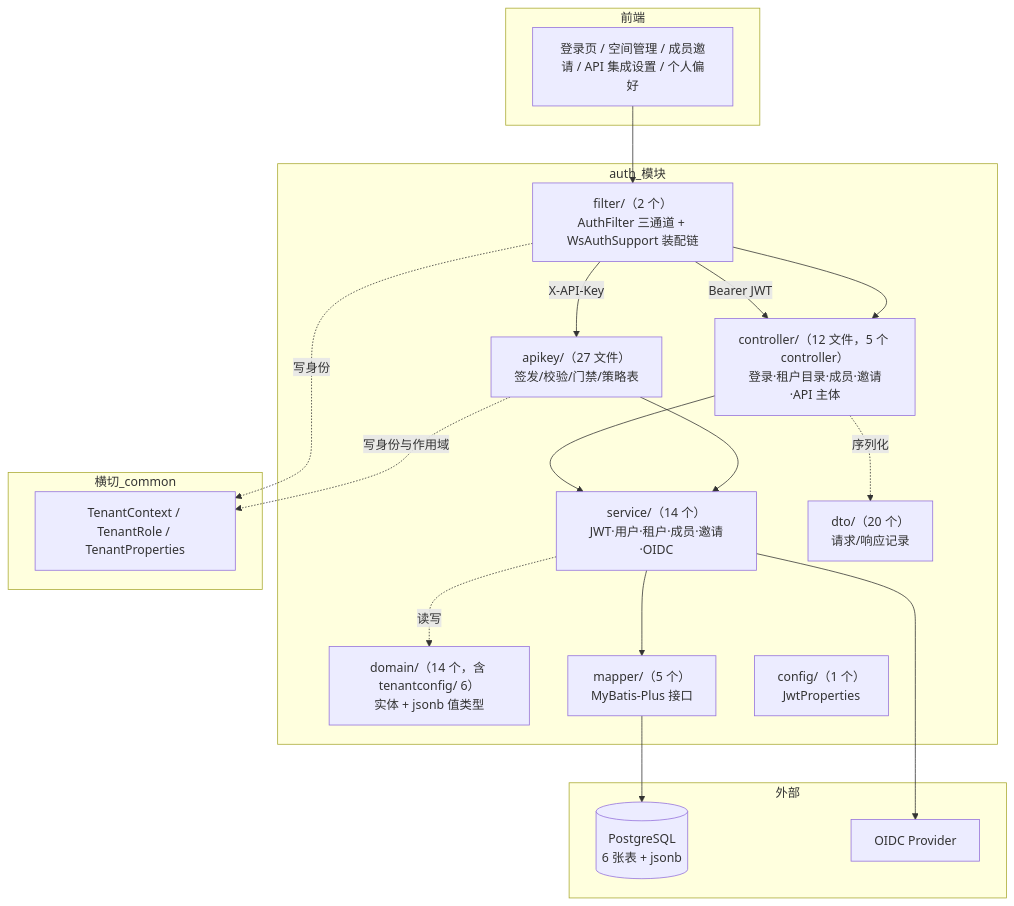
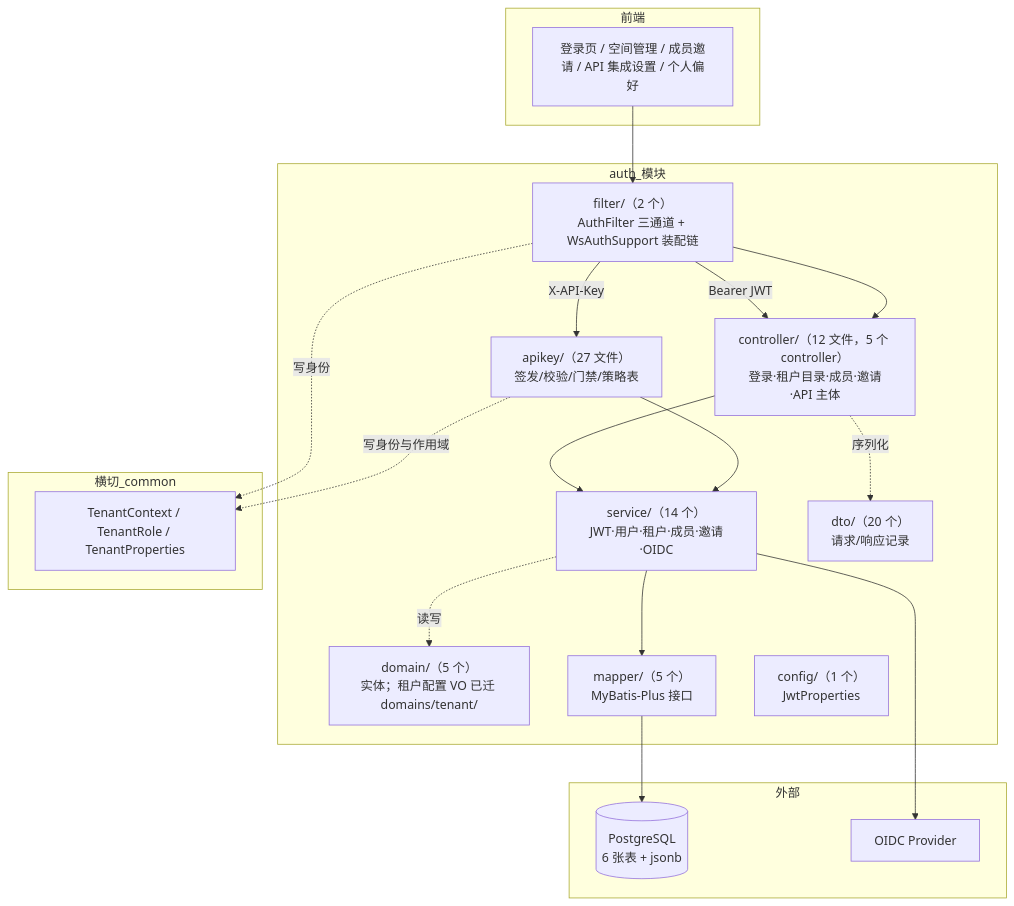
The first of 6 diagrams in docs/auth-module-guide.md (pmbilly/ragagent), drawn with Mermaid before and after one commit. The commit also changed other lines of this file and 36 other files, not shown here.

````diff
--- a/docs/auth-module-guide.md
+++ b/docs/auth-module-guide.md
@@ -34,39 +35,39 @@
 ```mermaid
 graph TB
     subgraph 前端
         FE["登录页 / 空间管理 / 成员邀请 / API 集成设置 / 个人偏好"]
     end
 
     subgraph auth_模块
         AF["filter/（2 个）<br/>AuthFilter 三通道 + WsAuthSupport 装配链"]
         CTRL["controller/（12 文件，5 个 controller）<br/>登录·租户目录·成员·邀请·API 主体"]
         AK["apikey/（27 文件）<br/>签发/校验/门禁/策略表"]
         SVC["service/（14 个）<br/>JWT·用户·租户·成员·邀请·OIDC"]
-        DOM["domain/（14 个，含 tenantconfig/ 6）<br/>实体 + jsonb 值类型"]
+        DOM["domain/（5 个）<br/>实体；租户配置 VO 已迁 domains/tenant/"]
         DTO["dto/（20 个）<br/>请求/响应记录"]
         MAP["mapper/（5 个）<br/>MyBatis-Plus 接口"]
         CFG["config/（1 个）<br/>JwtProperties"]
     end
 
     subgraph 横切_common
         TC["TenantContext / TenantRole / TenantProperties"]
     end
 
     subgraph 外部
         PG[("PostgreSQL<br/>6 张表 + jsonb")]
         IDP["OIDC Provider"]
     end
 
     FE --> AF
     AF -->|"Bearer JWT"| CTRL
     AF -->|"X-API-Key"| AK
     AF --> CTRL
     CTRL --> SVC
     AK --> SVC
     SVC --> MAP --> PG
     SVC --> IDP
     SVC -. 读写 .-> DOM
     CTRL -. 序列化 .-> DTO
     AF -. 写身份 .-> TC
     AK -. 写身份与作用域 .-> TC
 ```
````
